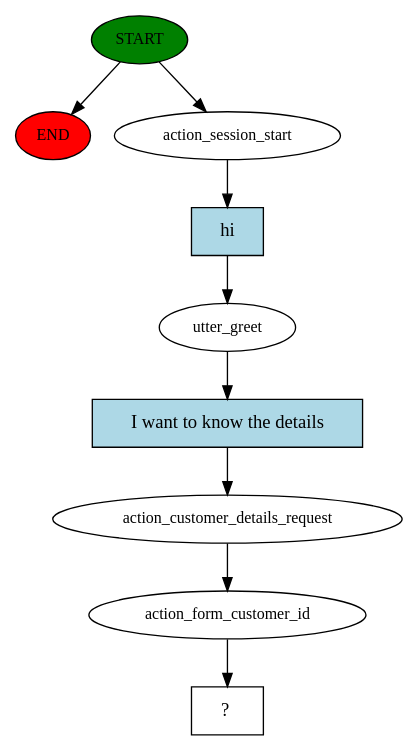
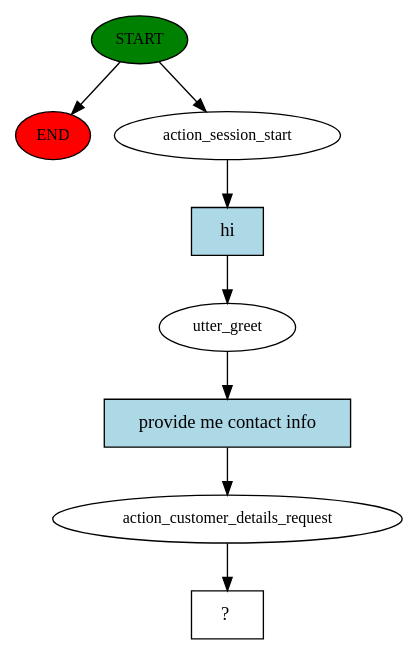
Before and after one commit to krishnaalle/rasa-dev-tutorial: the diagram in story_graph.dot, drawn with Graphviz. The commit also changed 10 other files, not shown here.

```diff
--- a/story_graph.dot
+++ b/story_graph.dot
@@ -1,19 +1,17 @@
 digraph  {
 0 [class="start active", fillcolor=green, fontsize=12, label=START, style=filled];
 "-1" [class=end, fillcolor=red, fontsize=12, label=END, style=filled];
 1 [class=active, fontsize=12, label=action_session_start];
 2 [class=active, fontsize=12, label=utter_greet];
 3 [class=active, fontsize=12, label=action_customer_details_request];
-4 [class=active, fontsize=12, label=action_form_customer_id];
-5 [class="intent dashed active", label="  ?  ", shape=rect];
-6 [class="intent active", fillcolor=lightblue, label=hi, shape=rect, style=filled];
-7 [class="intent active", fillcolor=lightblue, label="I want to know the details", shape=rect, style=filled];
+4 [class="intent dashed active", label="  ?  ", shape=rect];
+5 [class="intent active", fillcolor=lightblue, label=hi, shape=rect, style=filled];
+6 [class="intent active", fillcolor=lightblue, label="provide me contact info", shape=rect, style=filled];
 0 -> "-1"  [class="", key=NONE, label=""];
 0 -> 1  [class=active, key=NONE, label=""];
-1 -> 6  [class=active, key=0];
-2 -> 7  [class=active, key=0];
+1 -> 5  [class=active, key=0];
+2 -> 6  [class=active, key=0];
 3 -> 4  [class=active, key=NONE, label=""];
-4 -> 5  [class=active, key=NONE, label=""];
-6 -> 2  [class=active, key=0];
-7 -> 3  [class=active, key=0];
+5 -> 2  [class=active, key=0];
+6 -> 3  [class=active, key=0];
 }
```
